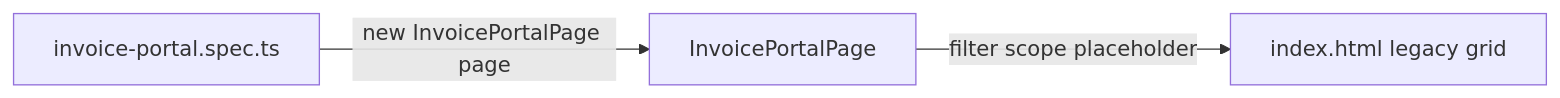
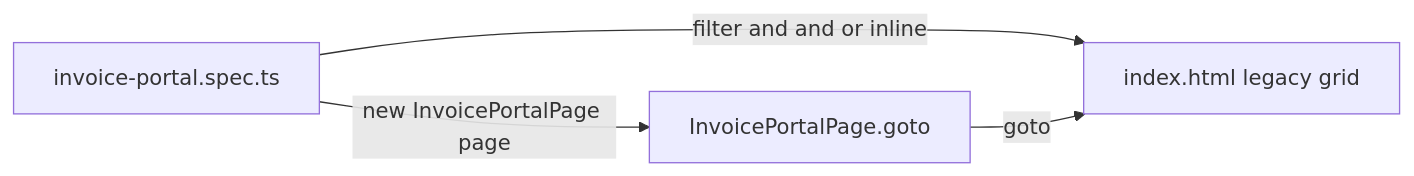
Before and after one commit to yithril/Dexian_TypescriptAndPlayWright: the diagram in advanced_topics/messy-locators/README.md, drawn with Mermaid. The commit also changed other lines of this file and 4 other files, not shown here.

````diff
--- a/advanced_topics/messy-locators/README.md
+++ b/advanced_topics/messy-locators/README.md
@@ -95,9 +104,10 @@
 ```mermaid
 flowchart LR
   spec[invoice-portal.spec.ts]
-  pageObj[InvoicePortalPage]
+  pageObj[InvoicePortalPage.goto]
   html[index.html legacy grid]
 
+  spec -->|"filter and and or inline"| html
   spec -->|"new InvoicePortalPage page"| pageObj
-  pageObj -->|"filter scope placeholder"| html
+  pageObj -->|goto| html
 ```
````
